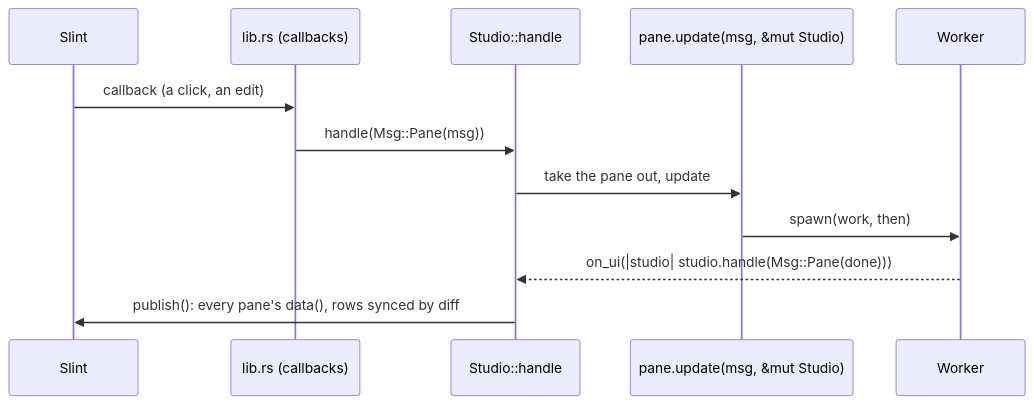
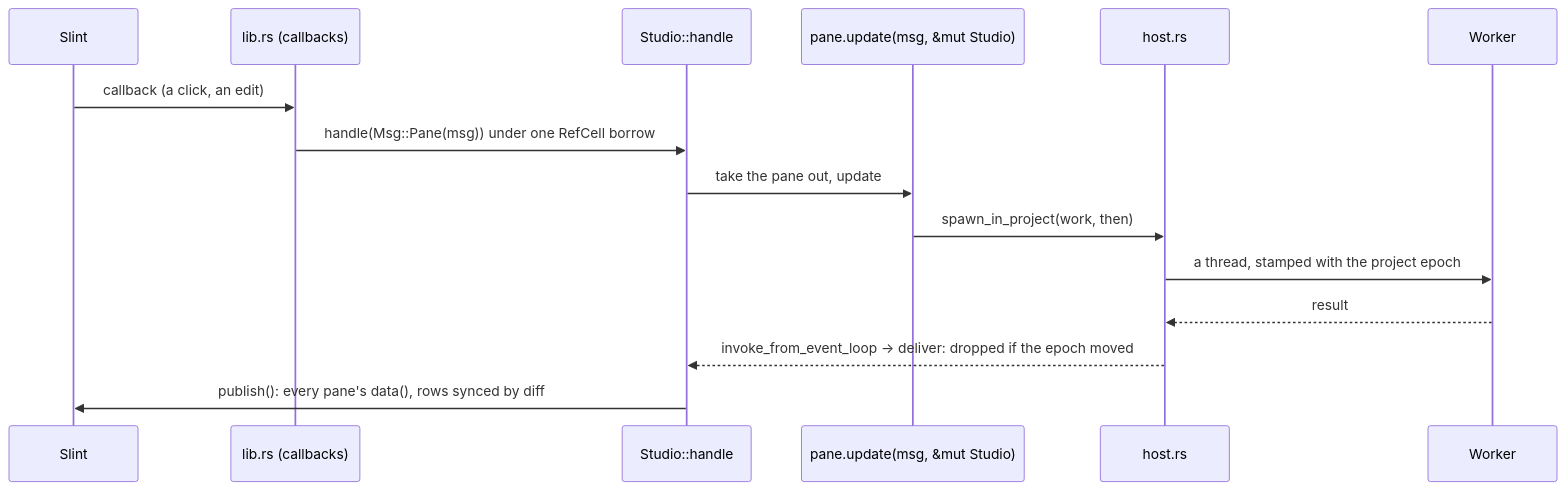
The seventh of 12 diagrams in ARCHITECTURE.md (jub0t/Concat), drawn with Mermaid before and after one commit. The commit also changed other lines of this file, not shown here.

````diff
--- a/ARCHITECTURE.md
+++ b/ARCHITECTURE.md
@@ -274,14 +327,17 @@
 ```mermaid
 sequenceDiagram
     participant Slint
     participant lib as lib.rs (callbacks)
     participant Studio as Studio::handle
     participant Pane as pane.update(msg, &mut Studio)
+    participant Host as host.rs
     participant Worker
     Slint->>lib: callback (a click, an edit)
-    lib->>Studio: handle(Msg::Pane(msg))
+    lib->>Studio: handle(Msg::Pane(msg)) under one RefCell borrow
     Studio->>Pane: take the pane out, update
-    Pane->>Worker: spawn(work, then)
-    Worker-->>Studio: on_ui(|studio| studio.handle(Msg::Pane(done)))
+    Pane->>Host: spawn_in_project(work, then)
+    Host->>Worker: a thread, stamped with the project epoch
+    Worker-->>Host: result
+    Host-->>Studio: invoke_from_event_loop → deliver: dropped if the epoch moved
     Studio->>Slint: publish(): every pane's data(), rows synced by diff
 ```
````
